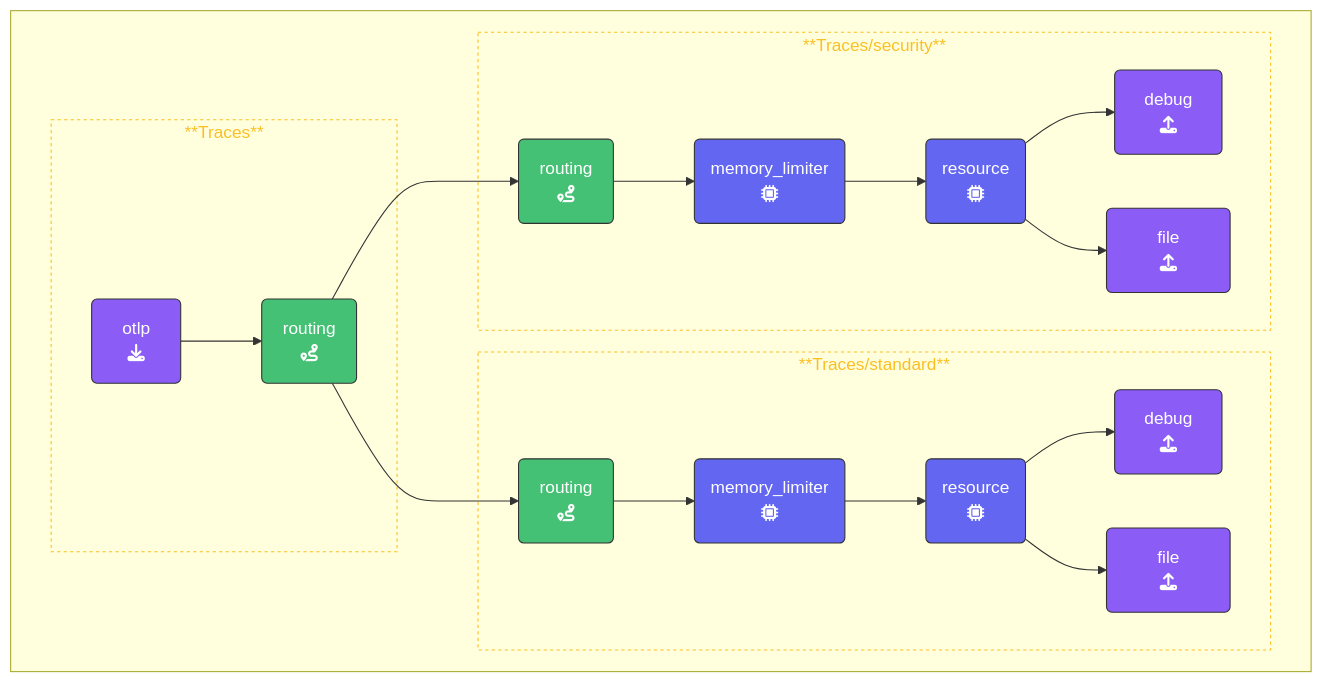
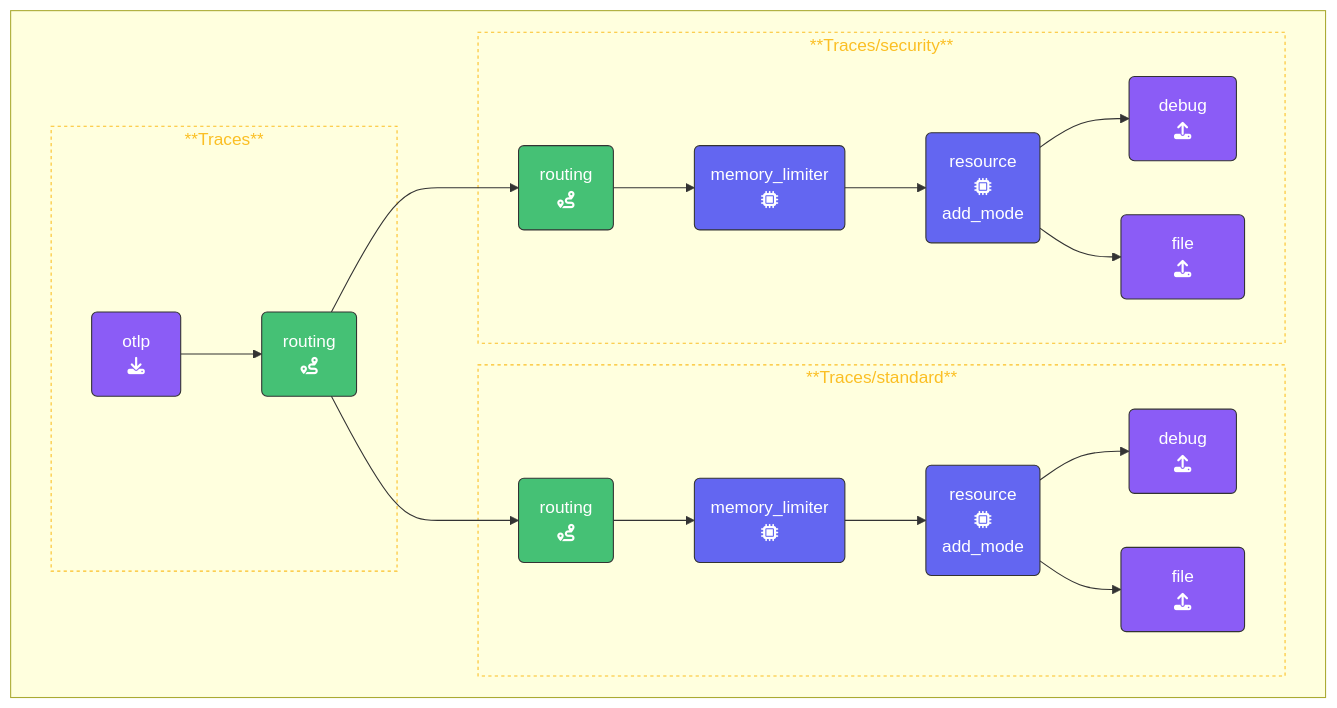
The diagram in content/en/ninja-workshops/10-advanced-otel/8-routing-data/8-2-pipelines.md (splunk/observability-workshop), drawn with Mermaid before and after one commit.

Commit message:
Add mising add_mode to Mermaid chart

````diff
--- a/content/en/ninja-workshops/10-advanced-otel/8-routing-data/8-2-pipelines.md
+++ b/content/en/ninja-workshops/10-advanced-otel/8-routing-data/8-2-pipelines.md
@@ -65,45 +65,45 @@
 ```mermaid
 %%{init:{"fontFamily":"monospace"}}%%
 graph LR
     %% Nodes
       REC1(&nbsp;&nbsp;&nbsp;otlp&nbsp;&nbsp;&nbsp;<br>fa:fa-download):::receiver
       PRO1(memory_limiter<br>fa:fa-microchip):::processor
       PRO2(memory_limiter<br>fa:fa-microchip):::processor
-      PRO3(resource<br>fa:fa-microchip):::processor
-      PRO4(resource<br>fa:fa-microchip):::processor
+      PRO3(resource<br>fa:fa-microchip<br>add_mode):::processor
+      PRO4(resource<br>fa:fa-microchip<br>add_mode):::processor
       EXP1(&nbsp;&ensp;debug&nbsp;&ensp;<br>fa:fa-upload):::exporter
       EXP2(&emsp;&emsp;file&emsp;&emsp;<br>fa:fa-upload):::exporter
       EXP3(&nbsp;&ensp;debug&nbsp;&ensp;<br>fa:fa-upload):::exporter
       EXP4(&emsp;&emsp;file&emsp;&emsp;<br>fa:fa-upload):::exporter
       ROUTE1(&nbsp;routing&nbsp;<br>fa:fa-route):::con-export
       ROUTE2(&nbsp;routing&nbsp;<br>fa:fa-route):::con-receive
       ROUTE3(&nbsp;routing&nbsp;<br>fa:fa-route):::con-receive
     %% Links
     subID1:::sub-traces
     subID2:::sub-traces
     subID3:::sub-traces
     subgraph " "
     direction LR
       subgraph subID1[**Traces**]
       REC1 --> ROUTE1
       end
       subgraph subID2[**Traces/standard**]
       ROUTE1 --> ROUTE2
       ROUTE2 --> PRO1
       PRO1 --> PRO3
       PRO3 --> EXP1
       PRO3 --> EXP2
       end
       subgraph subID3[**Traces/security**]
       ROUTE1 --> ROUTE3
       ROUTE3 --> PRO2
       PRO2 --> PRO4
       PRO4 --> EXP3
       PRO4 --> EXP4
       end
     end
 classDef receiver,exporter fill:#8b5cf6,stroke:#333,stroke-width:1px,color:#fff;
 classDef processor fill:#6366f1,stroke:#333,stroke-width:1px,color:#fff;
 classDef con-receive,con-export fill:#45c175,stroke:#333,stroke-width:1px,color:#fff;
 classDef sub-traces stroke:#fbbf24,stroke-width:1px, color:#fbbf24,stroke-dasharray: 3 3;
 ```
````
